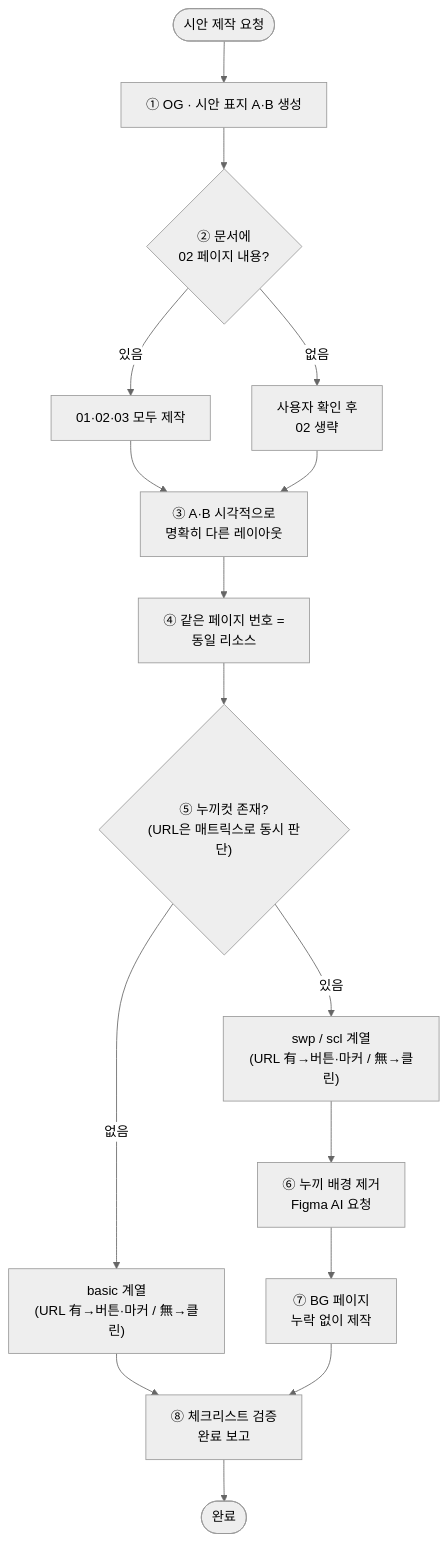
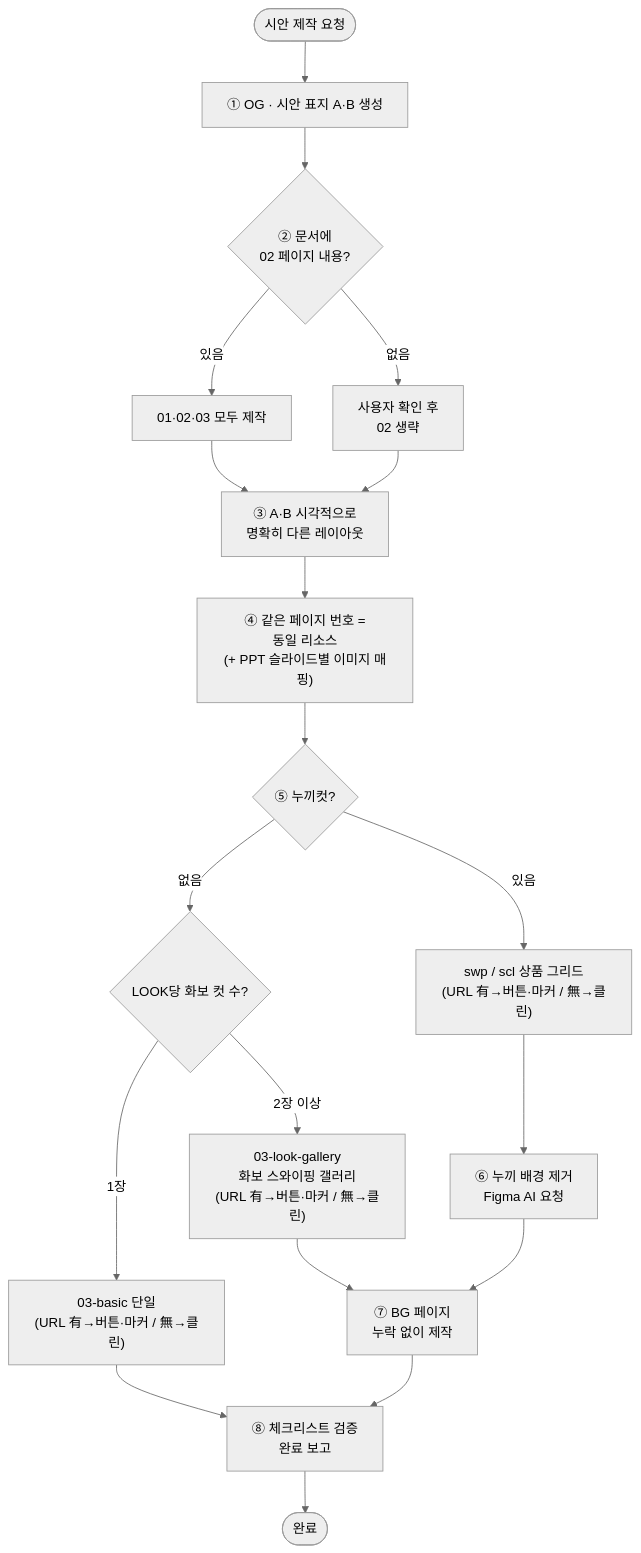
One commit to CdBd-in/cdbd-design-service changed the diagram in 룩북/1. 제작 프로세스/1-2. 시안.md. Above: the diagram before and after it, drawn with Mermaid (neutral theme). The commit also changed other lines of this file, not shown here.

````diff
--- a/룩북/1. 제작 프로세스/1-2. 시안.md
+++ b/룩북/1. 제작 프로세스/1-2. 시안.md
@@ -115,25 +130,29 @@
 ```mermaid
 flowchart TD
     Start(["시안 제작 요청"])
     S1["① OG · 시안 표지 A·B 생성"]
     S2{"② 문서에<br>02 페이지 내용?"}
     S2y["01·02·03 모두 제작"]
     S2n["사용자 확인 후<br>02 생략"]
     S3["③ A·B 시각적으로<br>명확히 다른 레이아웃"]
-    S4["④ 같은 페이지 번호 =<br>동일 리소스"]
-    S5{"⑤ 누끼컷 존재?<br>(URL은 매트릭스로 동시 판단)"}
-    Basic["basic 계열<br>(URL 有→버튼·마커 / 無→클린)"]
-    Swp["swp / scl 계열<br>(URL 有→버튼·마커 / 無→클린)"]
+    S4["④ 같은 페이지 번호 =<br>동일 리소스<br>(+ PPT 슬라이드별 이미지 매핑)"]
+    S5{"⑤ 누끼컷?"}
+    S5b{"LOOK당 화보 컷 수?"}
+    Basic["03-basic 단일<br>(URL 有→버튼·마커 / 無→클린)"]
+    Gallery["03-look-gallery<br>화보 스와이핑 갤러리<br>(URL 有→버튼·마커 / 無→클린)"]
+    Swp["swp / scl 상품 그리드<br>(URL 有→버튼·마커 / 無→클린)"]
     S6["⑥ 누끼 배경 제거<br>Figma AI 요청"]
     S7["⑦ BG 페이지<br>누락 없이 제작"]
     S8["⑧ 체크리스트 검증<br>완료 보고"]
     Done(["완료"])
 
     Start --> S1 --> S2
     S2 -- 있음 --> S2y --> S3
     S2 -- 없음 --> S2n --> S3
     S3 --> S4 --> S5
-    S5 -- 없음 --> Basic --> S8
-    S5 -- 있음 --> Swp --> S6 --> S7 --> S8
-    S8 --> Done
+    S5 -- 없음 --> S5b
+    S5b -- 1장 --> Basic --> S8
+    S5b -- 2장 이상 --> Gallery --> S7
+    S5 -- 있음 --> Swp --> S6 --> S7
+    S7 --> S8 --> Done
 ```
````
